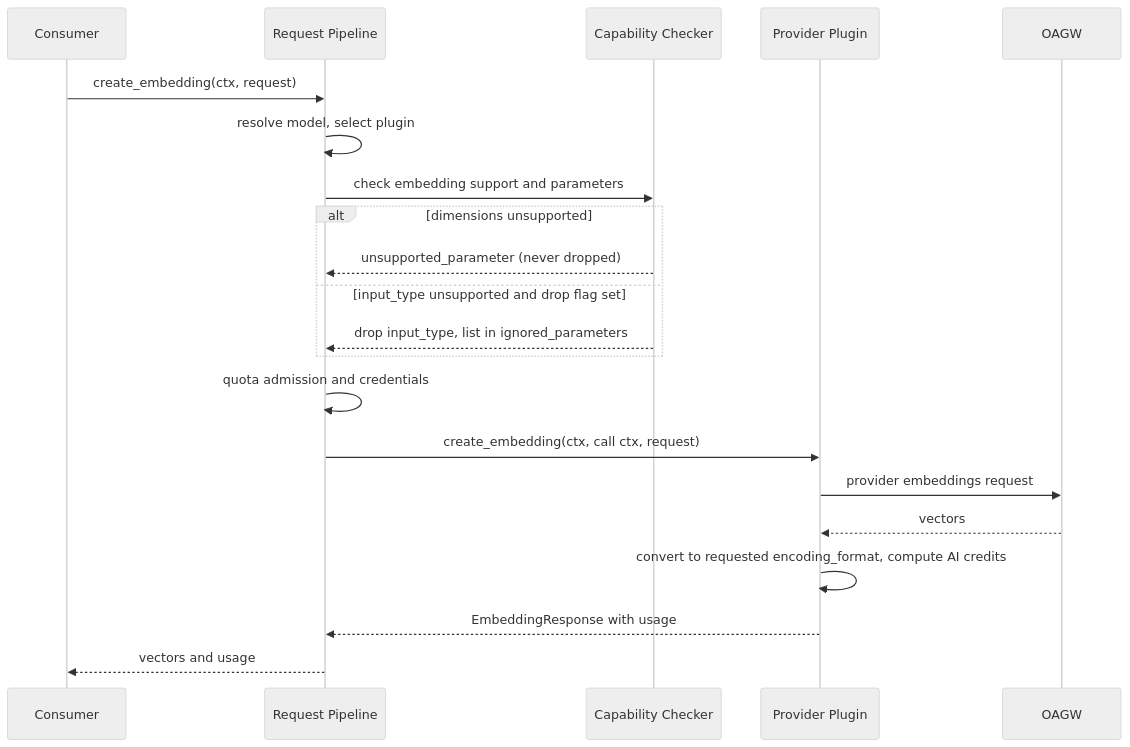
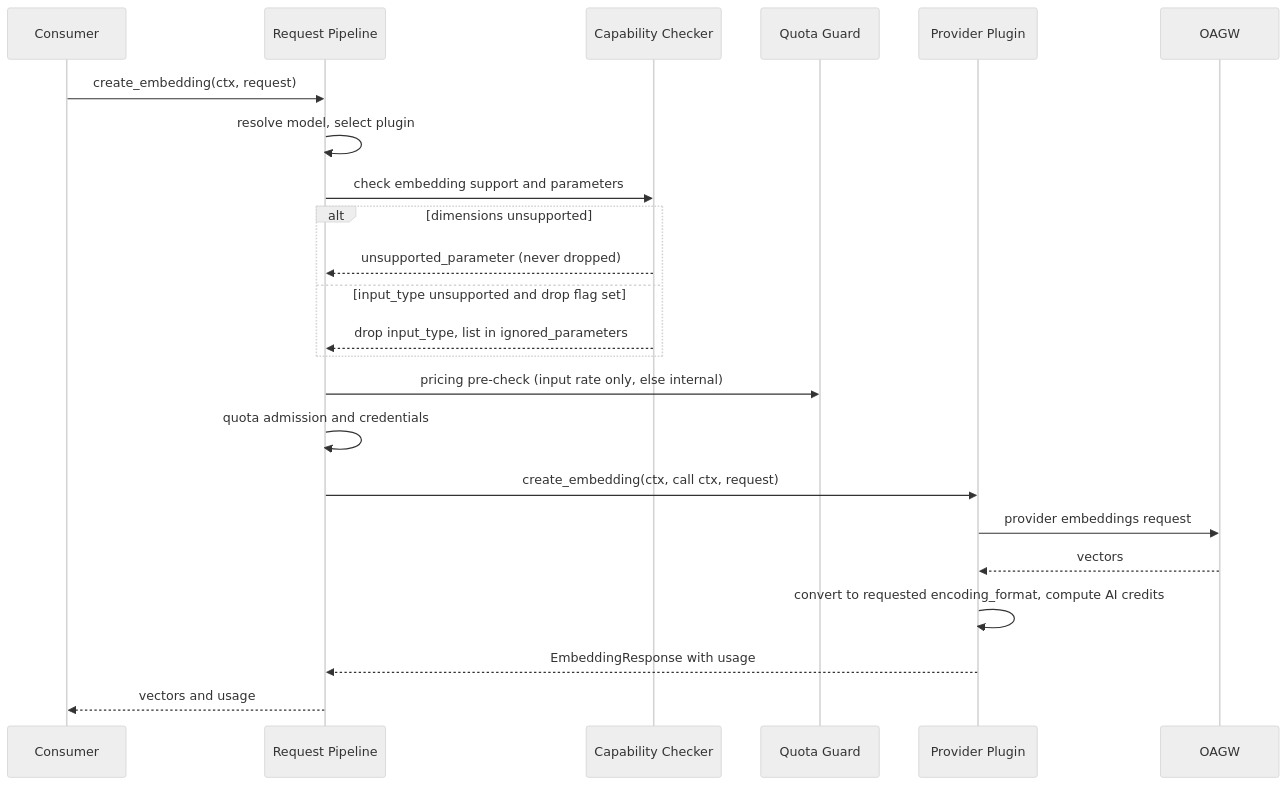
The sixth of 15 diagrams in gears/llm-gateway/docs/DESIGN.md (constructorfabric/gears-rust), drawn with Mermaid (neutral theme) before and after one commit. The commit also changed other lines of this file, not shown here.

````diff
--- a/gears/llm-gateway/docs/DESIGN.md
+++ b/gears/llm-gateway/docs/DESIGN.md
@@ -920,23 +935,25 @@
 ```mermaid
 sequenceDiagram
     participant C as Consumer
     participant P as Request Pipeline
     participant CC as Capability Checker
+    participant QG as Quota Guard
     participant PL as Provider Plugin
     participant O as OAGW
     C->>P: create_embedding(ctx, request)
     P->>P: resolve model, select plugin
     P->>CC: check embedding support and parameters
     alt dimensions unsupported
         CC-->>P: unsupported_parameter (never dropped)
     else input_type unsupported and drop flag set
         CC-->>P: drop input_type, list in ignored_parameters
     end
+    P->>QG: pricing pre-check (input rate only, else internal)
     P->>P: quota admission and credentials
     P->>PL: create_embedding(ctx, call ctx, request)
     PL->>O: provider embeddings request
     O-->>PL: vectors
     PL->>PL: convert to requested encoding_format, compute AI credits
     PL-->>P: EmbeddingResponse with usage
     P-->>C: vectors and usage
 ```
````
